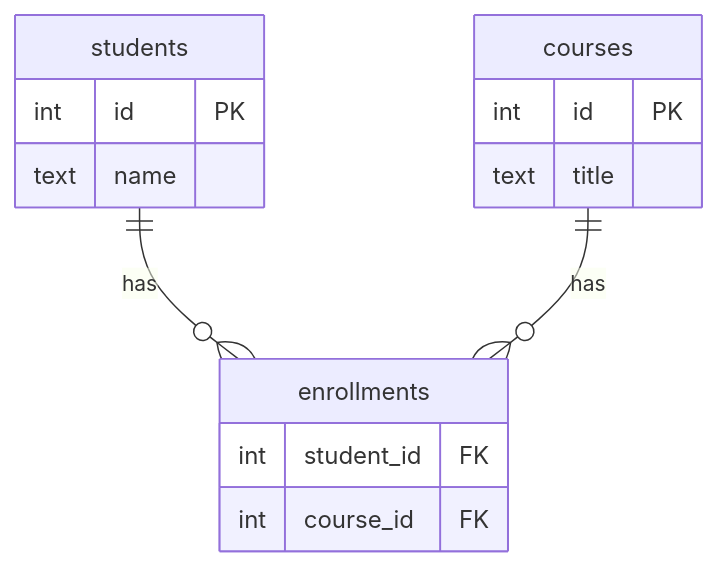
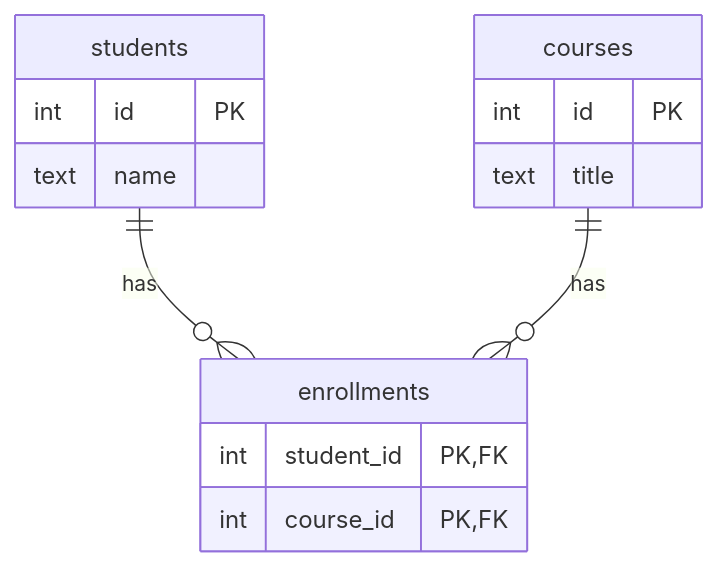
Before and after one commit to dataslope/dataslope: the fifth of 7 diagrams in content/learn/database-design-postgresql/many-to-many.mdx, drawn with Mermaid. The commit also changed 2 other files, not shown here.

Commit message:
Fix example mismatches in pandas and PostgreSQL-design courses
- pandas/messy-data-overview: the "spot the problems" list called out
  an impossible date, but the data only contains 2024-02-29 (a real
  leap day). Reword the bullet to describe the actual value.
- db-design/many-to-many: the resolved-design ER diagram marked the
  enrollments keys as FK only, while the same page's SQL declares them
  the composite PRIMARY KEY. Mark them PK, FK (matching the rest of the
  course).
- db-design/second-normal-form: both ER diagrams typed orders.order_date
  as text, but the SQL declares it DATE. Change the diagrams to date.

````diff
--- a/content/learn/database-design-postgresql/many-to-many.mdx
+++ b/content/learn/database-design-postgresql/many-to-many.mdx
@@ -97,17 +97,17 @@
 ```mermaid
 erDiagram
     students ||--o{ enrollments : has
     courses ||--o{ enrollments : has
     students {
         int id PK
         text name
     }
     courses {
         int id PK
         text title
     }
     enrollments {
-        int student_id FK
-        int course_id FK
+        int student_id PK, FK
+        int course_id PK, FK
     }
 ```
````
